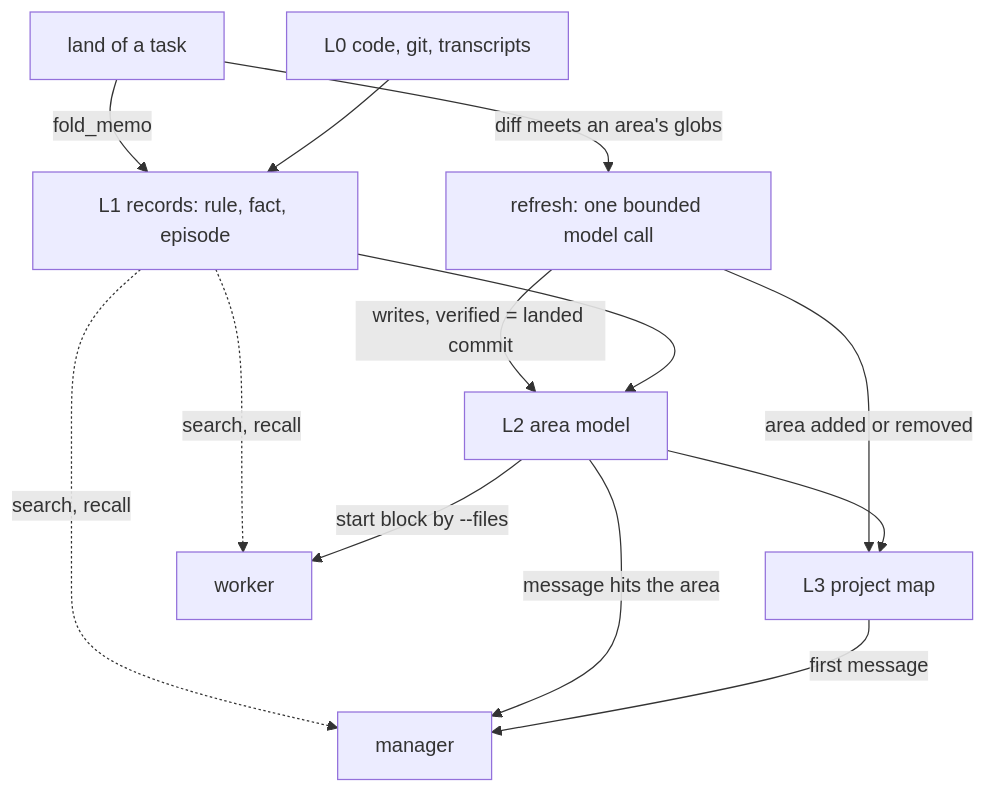
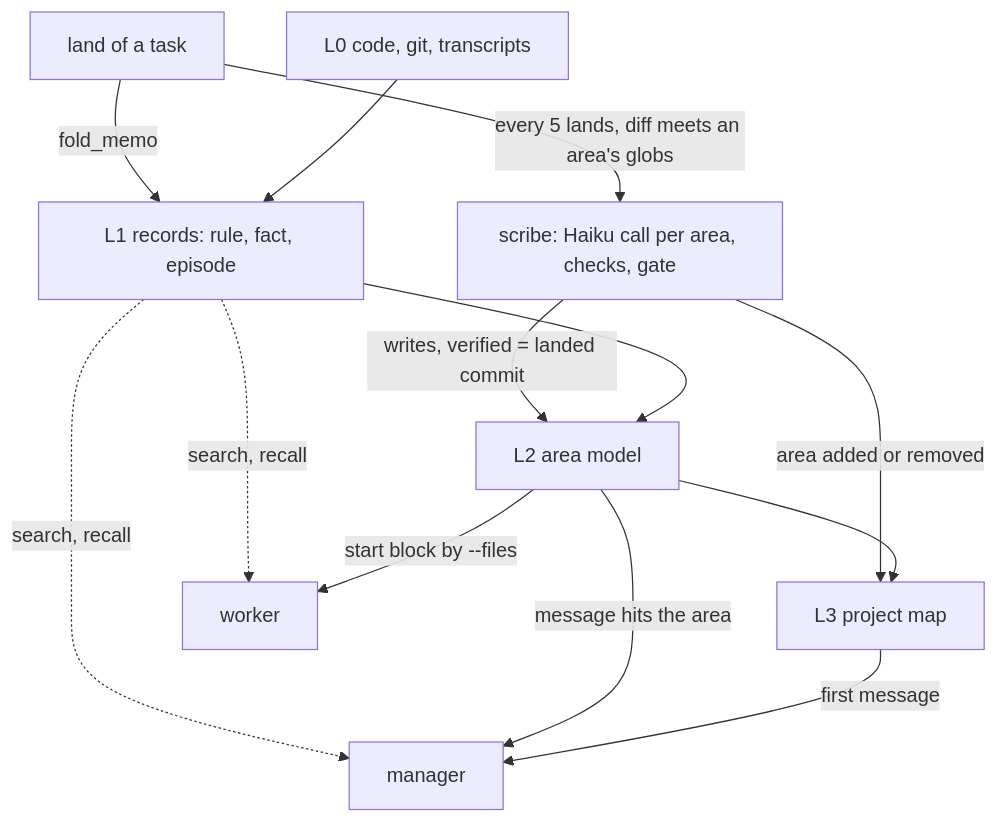
Before and after one commit to vlwkaos/wsx: the diagram in docs/design/memory-layers.md, drawn with Mermaid. The commit also changed other lines of this file and 2 other files, not shown here.

Commit message:
memory-eval: notes writer simulation results, retry once, fixed land window; memory-layers picks the Haiku scribe (task 527)

````diff
--- a/docs/design/memory-layers.md
+++ b/docs/design/memory-layers.md
@@ -21,15 +21,15 @@
 ```mermaid
 flowchart TD
   L0[L0 code, git, transcripts] --> L1[L1 records: rule, fact, episode]
   L1 --> L2[L2 area model]
   L2 --> L3[L3 project map]
   land[land of a task] -->|fold_memo| L1
-  land -->|diff meets an area's globs| R[refresh: one bounded model call]
+  land -->|every 5 lands, diff meets an area's globs| R[scribe: Haiku call per area, checks, gate]
   R -->|writes, verified = landed commit| L2
   R -->|area added or removed| L3
   L3 -->|first message| M[manager]
   L2 -->|message hits the area| M
   L2 -->|start block by --files| W[worker]
   L1 -.->|search, recall| M
   L1 -.->|search, recall| W
 ```
````
